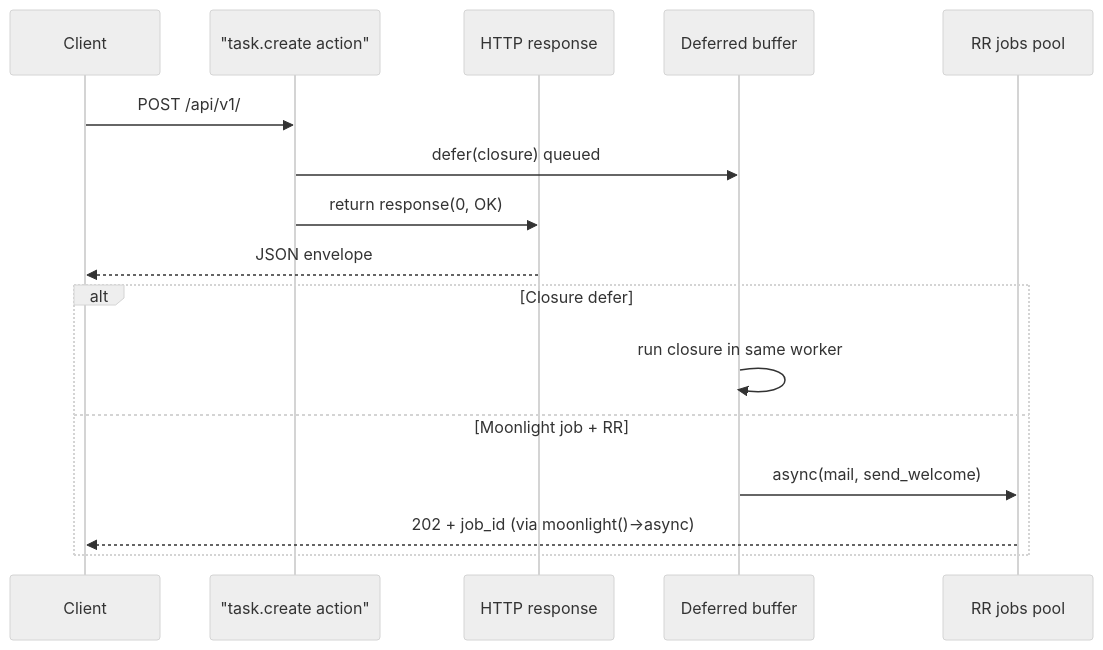
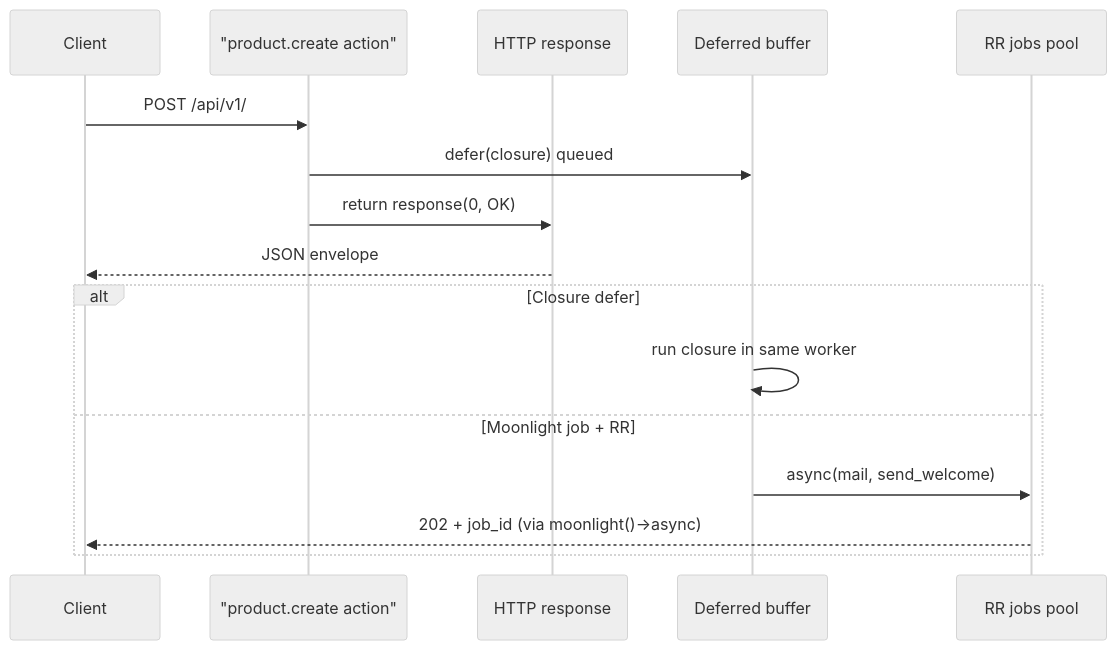
Before and after one commit to PioniaPHP-project/pionia-docs: the diagram in content/docs/documentation/operations/background-work.md, drawn with Mermaid (neutral theme). The commit also changed other lines of this file and 268 other files, not shown here.

```diff
--- a/content/docs/documentation/operations/background-work.md
+++ b/content/docs/documentation/operations/background-work.md
@@ -36,18 +36,18 @@
 {{< mermaid >}}
 sequenceDiagram
   participant Client
-  participant Action as "task.create action"
+  participant Action as "product.create action"
   participant Resp as HTTP response
   participant Defer as Deferred buffer
   participant Job as RR jobs pool
   Client->>Action: POST /api/v1/
   Action->>Defer: defer(closure) queued
   Action->>Resp: return response(0, OK)
   Resp-->>Client: JSON envelope
   alt Closure defer
     Defer->>Defer: run closure in same worker
   else Moonlight job + RR
     Defer->>Job: async(mail, send_welcome)
     Job-->>Client: 202 + job_id (via moonlight()->async)
   end
 {{< /mermaid >}}
```
